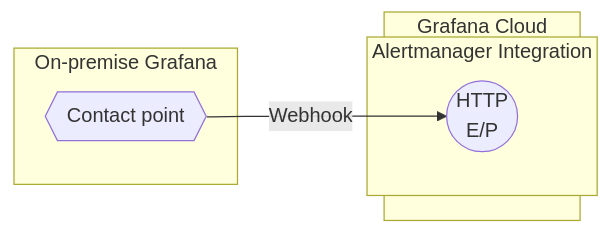
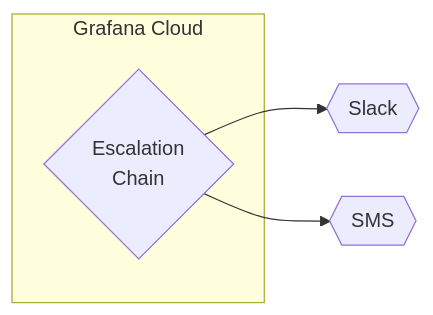
The second of 3 diagrams in articles/grafana-irm-for-homelab.md (loxygenK/zenn-articles), drawn with Mermaid before and after one commit. The commit also changed other lines of this file, not shown here.

````diff
--- a/articles/grafana-irm-for-homelab.md
+++ b/articles/grafana-irm-for-homelab.md
@@ -330,14 +353,9 @@
 ```mermaid
 graph LR
-
   subgraph Grafana Cloud
-    subgraph Alertmanager Integration
-      AMh((HTTP<br>E/P))
-    end
+    EC{Escalation<br>Chain}
   end
 
-  subgraph On-premise Grafana
-    CP{{Contact point}}
-    CP --> |Webhook| AMh
-  end
+  EC --> S{{Slack}}
+  EC --> SMS{{SMS}}
 ```
````
